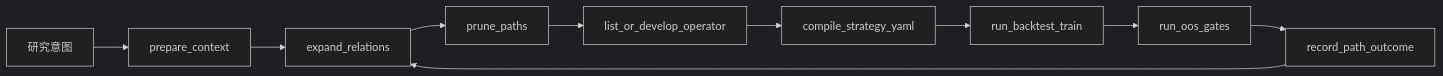
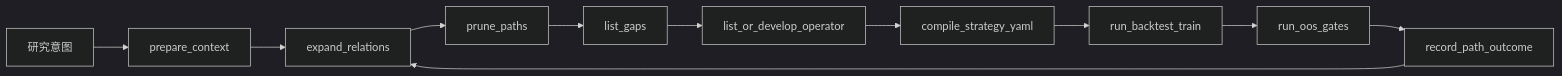
One commit to lordqyxz/long-earn changed the second of 2 diagrams in docs/architecture.md. Above: the diagram before and after it, drawn with Mermaid (dark theme). The commit also changed other lines of this file and 26 other files, not shown here.

First line of the commit message:
feat(substance): 以 Claim、审核分层和 list_gaps 补齐 ToG 知识闭环

````diff
--- a/docs/architecture.md
+++ b/docs/architecture.md
@@ -77,12 +77,13 @@
 ```mermaid
 flowchart LR
   Q[研究意图] --> PC[prepare_context]
   PC --> Beam[expand_relations]
   Beam --> Prune[prune_paths]
-  Prune --> Ops[list_or_develop_operator]
+  Prune --> Gaps[list_gaps]
+  Gaps --> Ops[list_or_develop_operator]
   Ops --> YAML[compile_strategy_yaml]
   YAML --> BT[run_backtest_train]
   BT --> Gate[run_oos_gates]
   Gate --> Write[record_path_outcome]
   Write --> Beam
 ```
````
